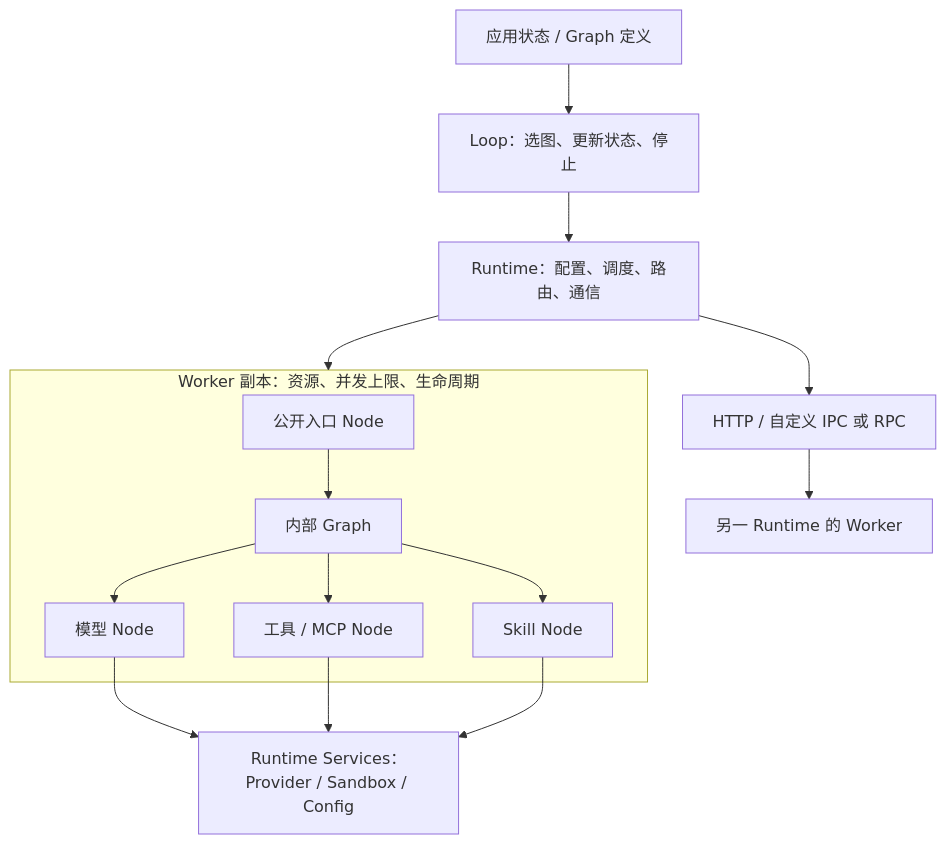
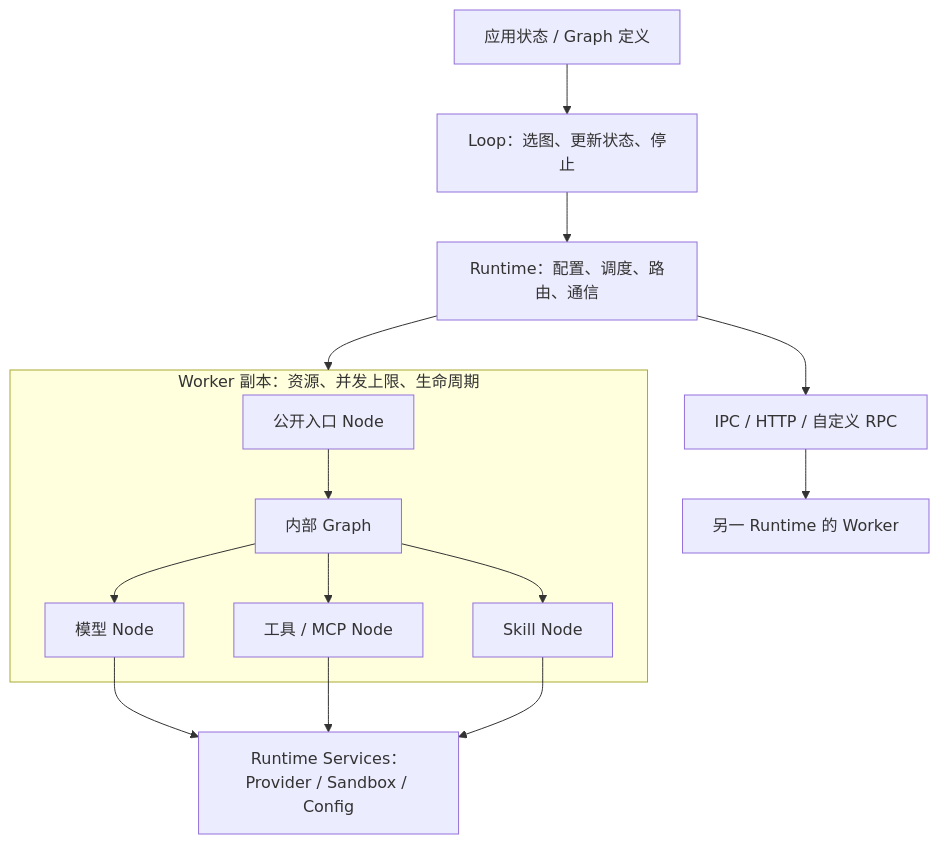
One commit to erwinmsmith/Ditto changed the diagram in docs/architecture.zh-CN.md. Above: the diagram before and after it, drawn with Mermaid. The commit also changed other lines of this file and 35 other files, not shown here.

Commit message:
feat(runtime): add worker placement, bounded graphs and local IPC

````diff
--- a/docs/architecture.zh-CN.md
+++ b/docs/architecture.zh-CN.md
@@ -9,17 +9,17 @@
 ```mermaid
 flowchart TB
   App[应用状态 / Graph 定义] --> Loop[Loop：选图、更新状态、停止]
   Loop --> Runtime[Runtime：配置、调度、路由、通信]
   Runtime --> A
-  Runtime --> Transport[HTTP / 自定义 IPC 或 RPC]
+  Runtime --> Transport[IPC / HTTP / 自定义 RPC]
   Transport --> B[另一 Runtime 的 Worker]
   subgraph A[Worker 副本：资源、并发上限、生命周期]
     Entry[公开入口 Node] --> G[内部 Graph]
     G --> Think[模型 Node]
     G --> Tool[工具 / MCP Node]
     G --> Skill[Skill Node]
   end
   Think --> Services[Runtime Services：Provider / Sandbox / Config]
   Tool --> Services
   Skill --> Services
 ```
````
